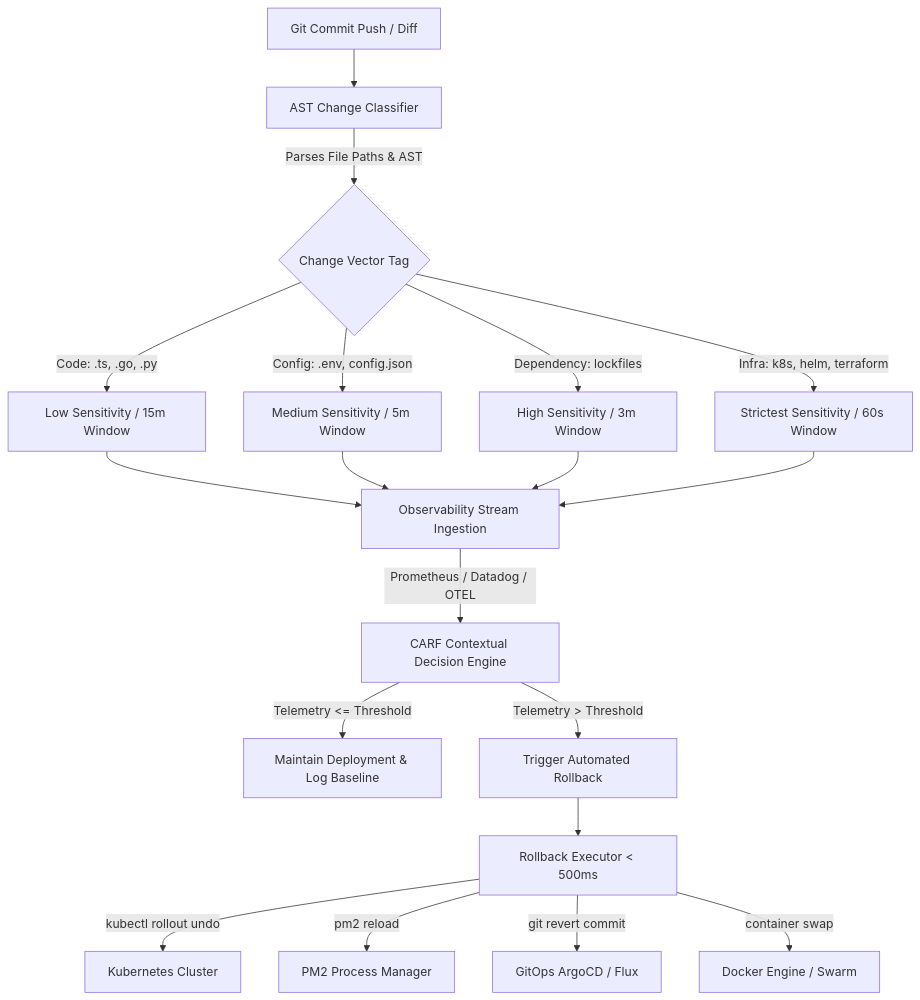
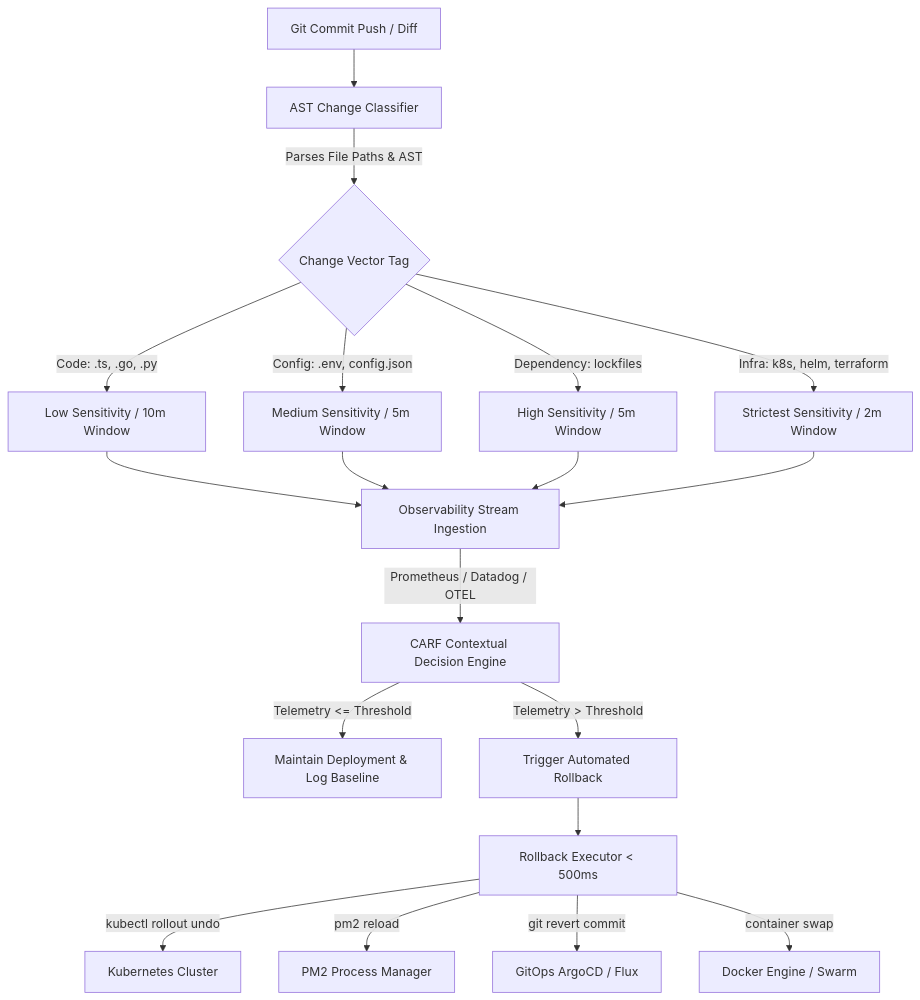
The diagram in README.md (dineshkorukonda/CARF), drawn with Mermaid before and after one commit. The commit also changed other lines of this file and 53 other files, not shown here.

````diff
--- a/README.md
+++ b/README.md
@@ -9,27 +9,27 @@
 ```mermaid
 flowchart TD
     A[Git Commit Push / Diff] --> B[AST Change Classifier]
     
     B -->|Parses File Paths & AST| C{Change Vector Tag}
-    C -->|Code: .ts, .go, .py| D1[Low Sensitivity / 15m Window]
+    C -->|Code: .ts, .go, .py| D1[Low Sensitivity / 10m Window]
     C -->|Config: .env, config.json| D2[Medium Sensitivity / 5m Window]
-    C -->|Dependency: lockfiles| D3[High Sensitivity / 3m Window]
-    C -->|Infra: k8s, helm, terraform| D4[Strictest Sensitivity / 60s Window]
+    C -->|Dependency: lockfiles| D3[High Sensitivity / 5m Window]
+    C -->|Infra: k8s, helm, terraform| D4[Strictest Sensitivity / 2m Window]
     
     D1 --> E[Observability Stream Ingestion]
     D2 --> E
     D3 --> E
     D4 --> E
     
     E -->|Prometheus / Datadog / OTEL| F[CARF Contextual Decision Engine]
     
     F -->|Telemetry <= Threshold| G[Maintain Deployment & Log Baseline]
     F -->|Telemetry > Threshold| H[Trigger Automated Rollback]
     
     H --> I[Rollback Executor < 500ms]
     
     I -->|kubectl rollout undo| J1[Kubernetes Cluster]
     I -->|pm2 reload| J2[PM2 Process Manager]
     I -->|git revert commit| J3[GitOps ArgoCD / Flux]
     I -->|container swap| J4[Docker Engine / Swarm]
 ```
````
